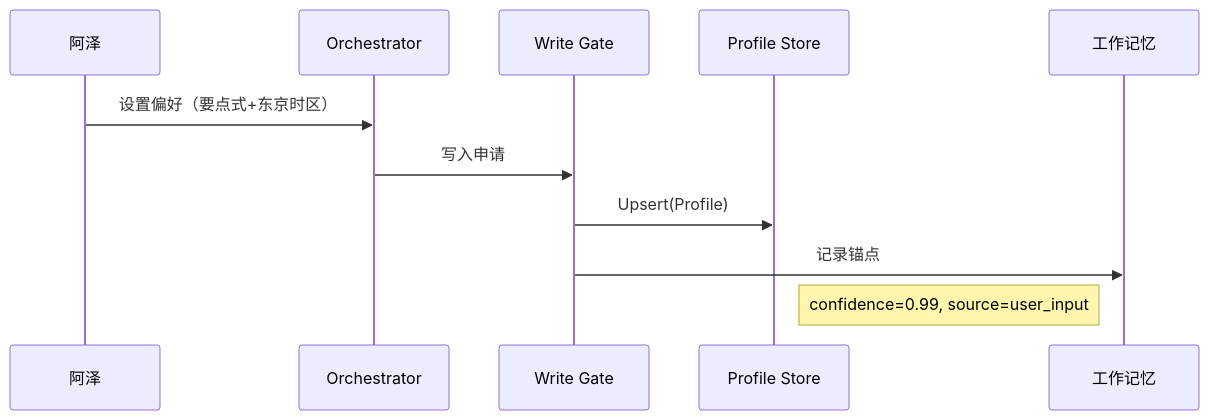
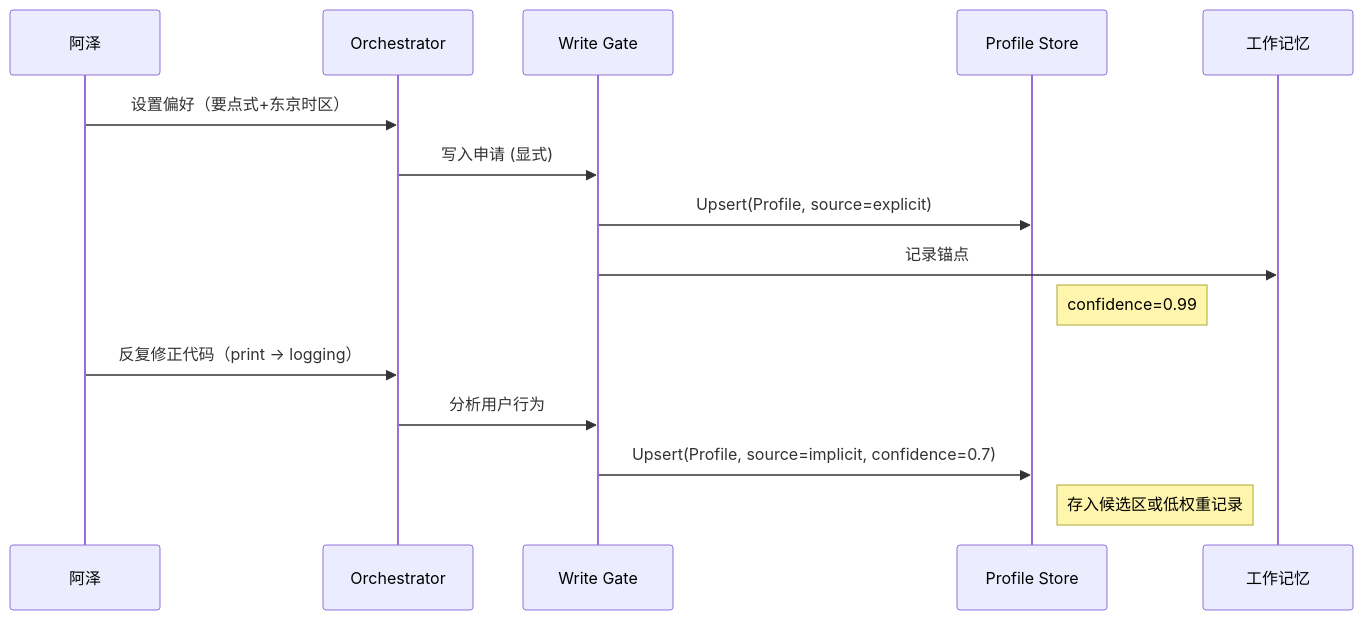
The second of 3 diagrams in ai/构建拥有“记忆”的 AI：大模型记忆管理系统设计.md (iheCoder/code_for_article), drawn with Mermaid before and after one commit. The commit also changed other lines of this file, not shown here.

````diff
--- a/ai/构建拥有“记忆”的 AI：大模型记忆管理系统设计.md
+++ b/ai/构建拥有“记忆”的 AI：大模型记忆管理系统设计.md
@@ -195,13 +282,17 @@
 ```mermaid
 sequenceDiagram
     participant U as 阿泽
     participant GW as Orchestrator
     participant WG as Write Gate
     participant PR as Profile Store
     participant WM as 工作记忆
-    U->>GW: 设置偏好（要点式+东京时区）
-    GW->>WG: 写入申请
-    WG->>PR: Upsert(Profile)
-    WG->>WM: 记录锚点
-    Note right of PR: confidence=0.99, source=user_input
+    U ->> GW: 设置偏好（要点式+东京时区）
+    GW ->> WG: 写入申请 (显式)
+    WG ->> PR: Upsert(Profile, source=explicit)
+    WG ->> WM: 记录锚点
+    Note right of PR: confidence=0.99
+    U ->> GW: 反复修正代码（print -> logging）
+    GW ->> WG: 分析用户行为
+    WG ->> PR: Upsert(Profile, source=implicit, confidence=0.7)
+    Note right of PR: 存入候选区或低权重记录
 ```
````
